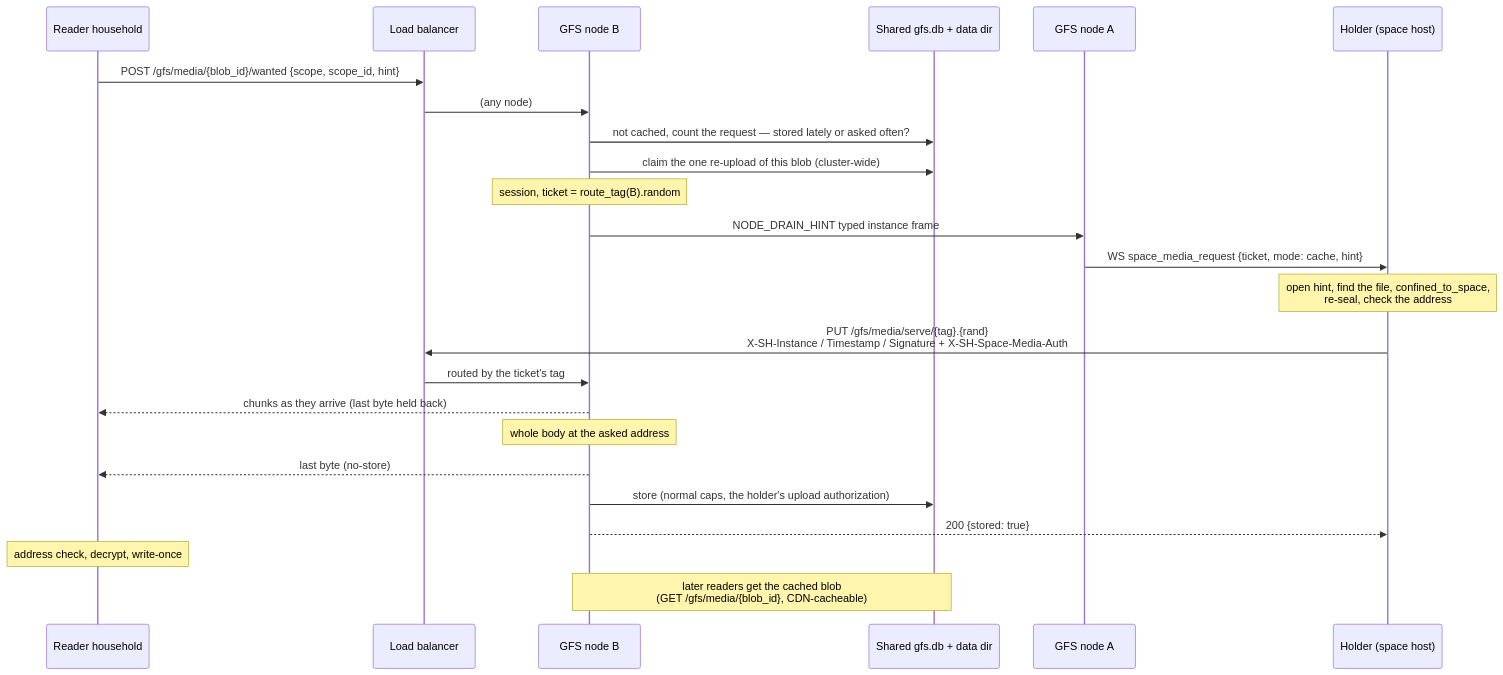
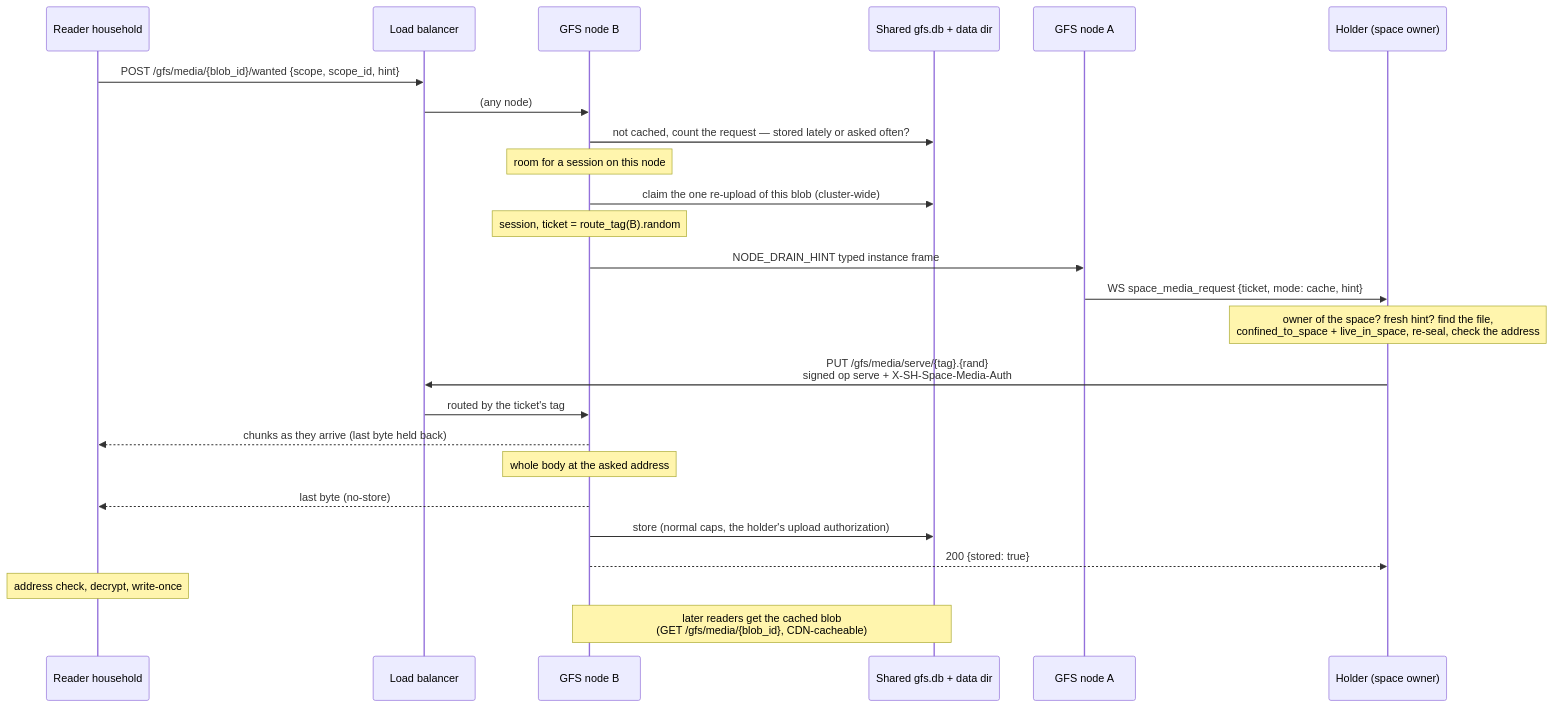
The third of 4 diagrams in docs/protocol/media.md (social-home-io/socialhome), drawn with Mermaid before and after one commit. The commit also changed other lines of this file and 5 other files, not shown here.

First line of the commit message:
Docs follow the review fixes for space media on demand

````diff
--- a/docs/protocol/media.md
+++ b/docs/protocol/media.md
@@ -676,26 +703,27 @@
 ```mermaid
 sequenceDiagram
     participant R as Reader household
     participant LB as Load balancer
     participant B as GFS node B
     participant DB as Shared gfs.db + data dir
     participant A as GFS node A
-    participant H as Holder (space host)
+    participant H as Holder (space owner)
     R->>LB: POST /gfs/media/{blob_id}/wanted {scope, scope_id, hint}
     LB->>B: (any node)
     B->>DB: not cached, count the request — stored lately or asked often?
+    Note over B: room for a session on this node
     B->>DB: claim the one re-upload of this blob (cluster-wide)
     Note over B: session, ticket = route_tag(B).random
     B->>A: NODE_DRAIN_HINT typed instance frame
     A->>H: WS space_media_request {ticket, mode: cache, hint}
-    Note over H: open hint, find the file, confined_to_space,<br/>re-seal, check the address
-    H->>LB: PUT /gfs/media/serve/{tag}.{rand}<br/>X-SH-Instance / Timestamp / Signature + X-SH-Space-Media-Auth
+    Note over H: owner of the space? fresh hint? find the file,<br/>confined_to_space + live_in_space, re-seal, check the address
+    H->>LB: PUT /gfs/media/serve/{tag}.{rand}<br/>signed op serve + X-SH-Space-Media-Auth
     LB->>B: routed by the ticket's tag
     B-->>R: chunks as they arrive (last byte held back)
     Note over B: whole body at the asked address
     B-->>R: last byte (no-store)
     B->>DB: store (normal caps, the holder's upload authorization)
     B-->>H: 200 {stored: true}
     Note over R: address check, decrypt, write-once
     Note over B,DB: later readers get the cached blob<br/>(GET /gfs/media/{blob_id}, CDN-cacheable)
 ```
````
